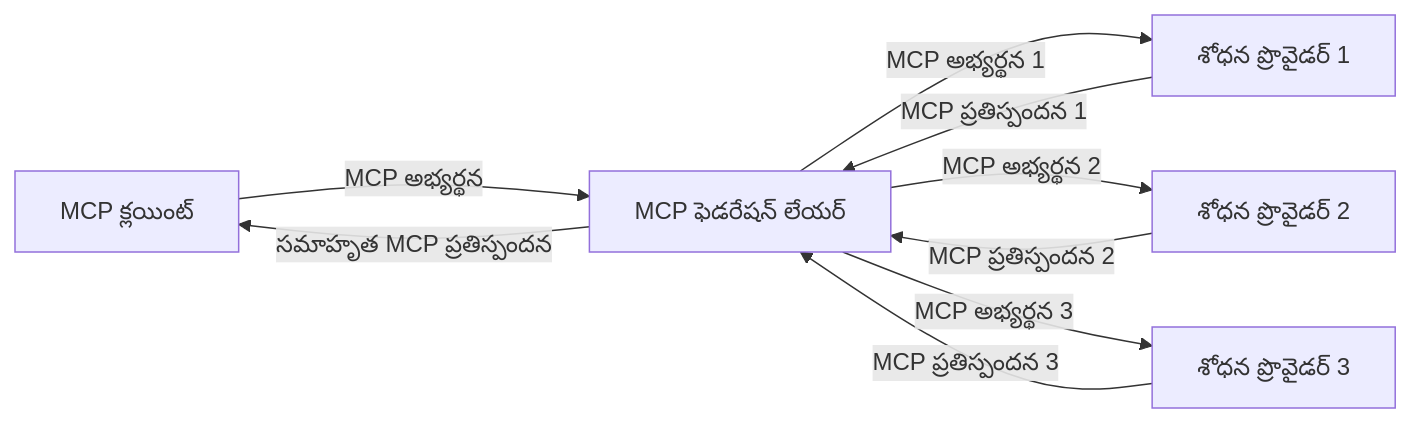
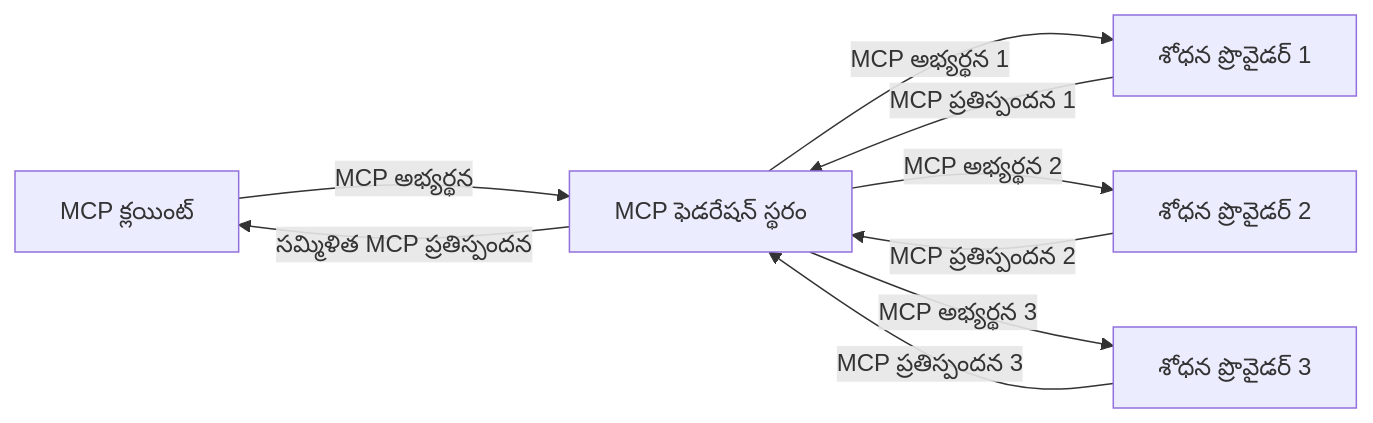
Before and after one commit to microsoft/mcp-for-beginners: the third of 4 diagrams in translations/te/05-AdvancedTopics/mcp-realtimesearch/README.md, drawn with Mermaid. The commit also changed other lines of this file and 112 other files, not shown here.

````diff
--- a/translations/te/05-AdvancedTopics/mcp-realtimesearch/README.md
+++ b/translations/te/05-AdvancedTopics/mcp-realtimesearch/README.md
@@ -610,11 +612,11 @@
 ```mermaid
 graph LR
-    Client[MCP క్లయింట్] --> |MCP అభ్యర్థన| Federation[MCP ఫెడరేషన్ లేయర్]
+    Client[MCP క్లయింట్] --> |MCP అభ్యర్థన| Federation[MCP ఫెడరేషన్ స్థరం]
     Federation --> |MCP అభ్యర్థన 1| Search1[శోధన ప్రొవైడర్ 1]
     Federation --> |MCP అభ్యర్థన 2| Search2[శోధన ప్రొవైడర్ 2]
     Federation --> |MCP అభ్యర్థన 3| Search3[శోధన ప్రొవైడర్ 3]
     Search1 --> |MCP ప్రతిస్పందన 1| Federation
     Search2 --> |MCP ప్రతిస్పందన 2| Federation
     Search3 --> |MCP ప్రతిస్పందన 3| Federation
-    Federation --> |సమాహృత MCP ప్రతిస్పందన| Client
+    Federation --> |సమ్మిళిత MCP ప్రతిస్పందన| Client
 ```
````
